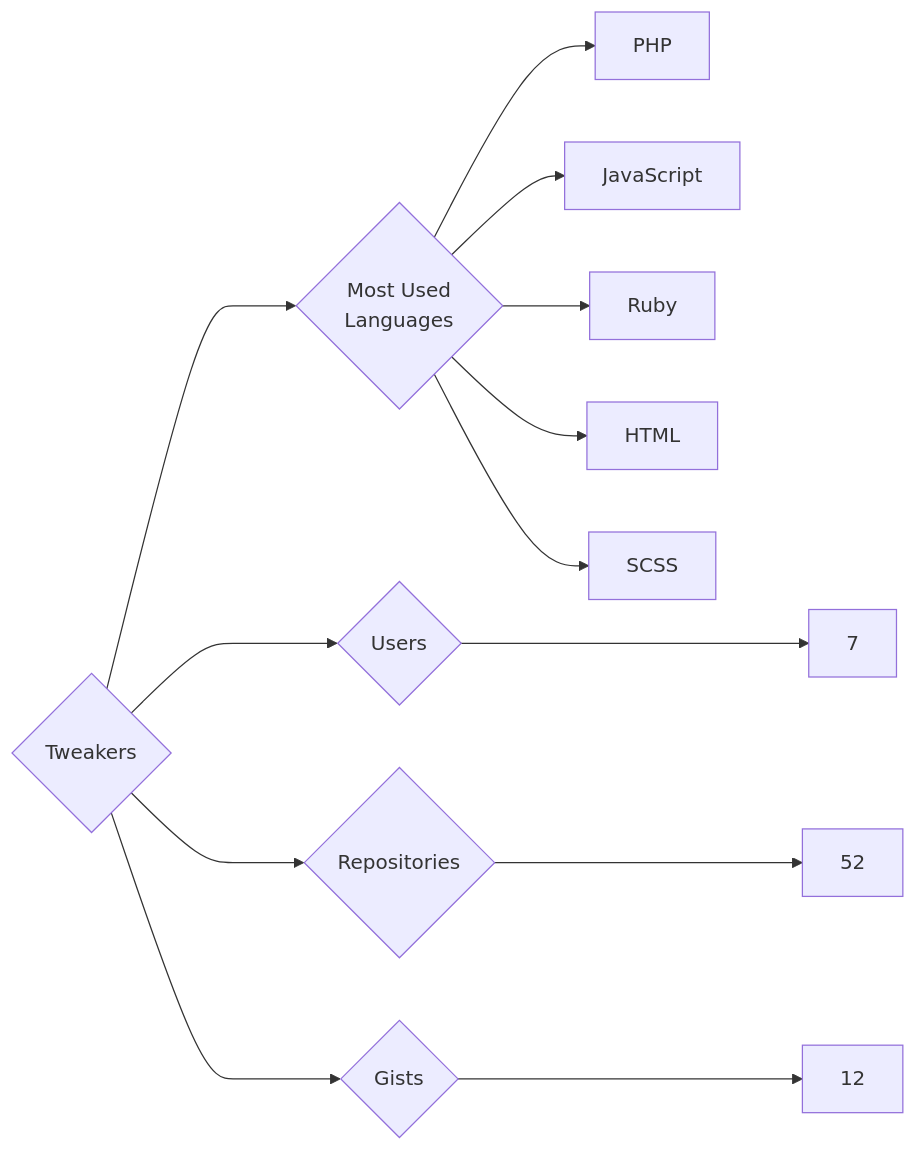
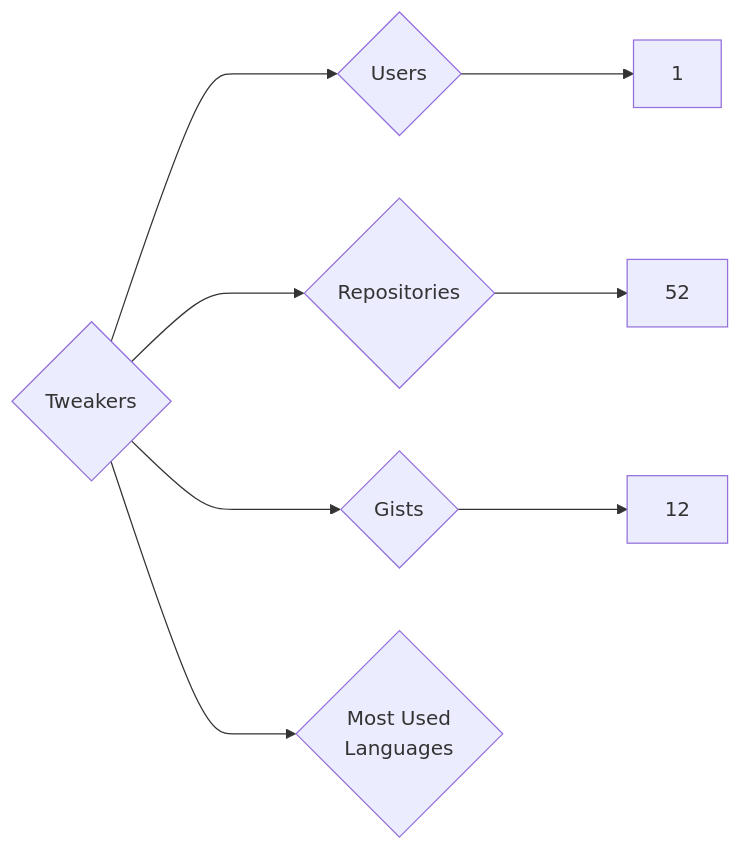
The diagram in targets/Tweakers/README.md (trickest/insiders), drawn with Mermaid before and after one commit. The commit also changed 748 other files, not shown here.

````diff
--- a/targets/Tweakers/README.md
+++ b/targets/Tweakers/README.md
@@ -3,13 +3,8 @@
 ```mermaid
 graph LR
 COMPANY_NAME{Tweakers}
-COMPANY_NAME ---> U{Users} ---> UN[7]
+COMPANY_NAME ---> U{Users} ---> UN[1]
 COMPANY_NAME ---> R{Repositories} ---> RN[52]
 COMPANY_NAME ---> G{Gists} ---> GN[12]
 COMPANY_NAME ---> ML{Most Used<br>Languages}
-ML --> PHP[PHP]
-ML --> JavaScript[JavaScript]
-ML --> Ruby[Ruby]
-ML --> HTML[HTML]
-ML --> SCSS[SCSS]
 ```
````
